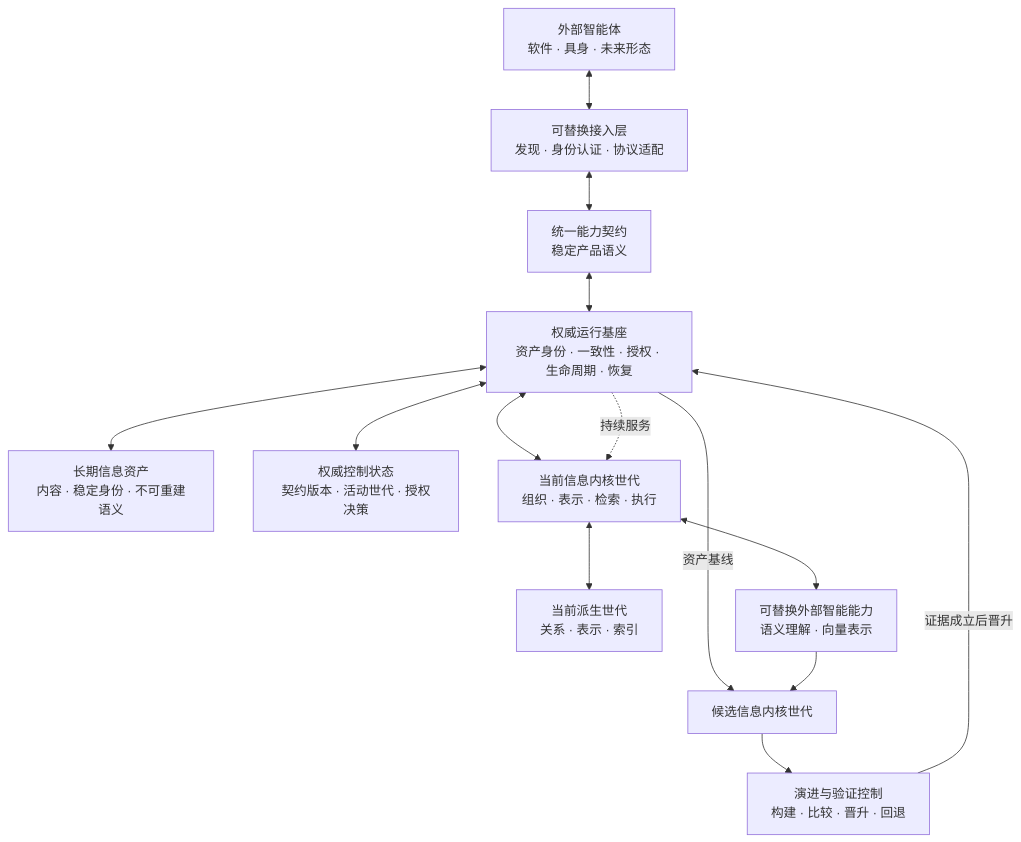
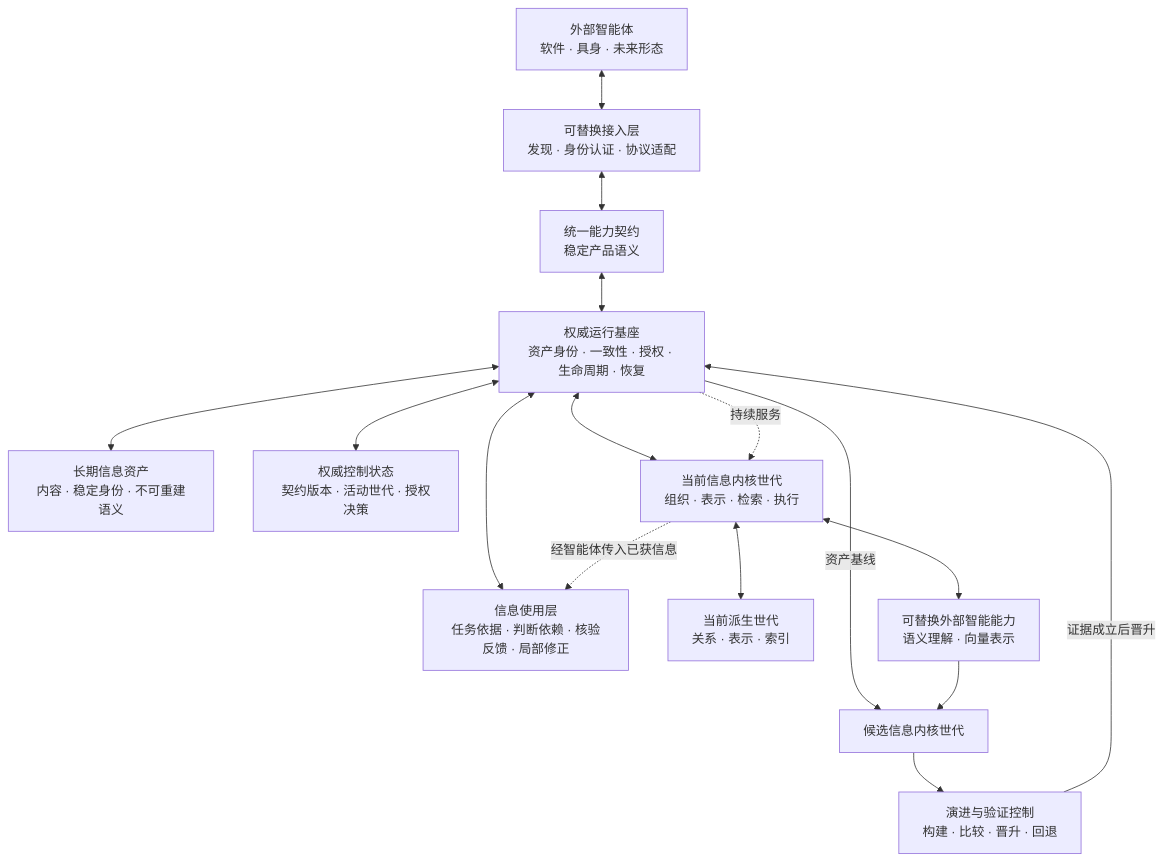
The diagram in docs/architecture/overview.md (HJSunDev/ownward), drawn with Mermaid before and after one commit. The commit also changed other lines of this file and 8 other files, not shown here.

````diff
--- a/docs/architecture/overview.md
+++ b/docs/architecture/overview.md
@@ -30,31 +32,34 @@
 ```mermaid
 flowchart TB
     A["外部智能体<br/>软件 · 具身 · 未来形态"]
     AD["可替换接入层<br/>发现 · 身份认证 · 协议适配"]
     CC["统一能力契约<br/>稳定产品语义"]
 
     AR["权威运行基座<br/>资产身份 · 一致性 · 授权 · 生命周期 · 恢复"]
     VA["长期信息资产<br/>内容 · 稳定身份 · 不可重建语义"]
     CS["权威控制状态<br/>契约版本 · 活动世代 · 授权决策"]
 
     KG["当前信息内核世代<br/>组织 · 表示 · 检索 · 执行"]
+    IU["信息使用层<br/>任务依据 · 判断依赖 · 核验反馈 · 局部修正"]
     DG["当前派生世代<br/>关系 · 表示 · 索引"]
     EI["可替换外部智能能力<br/>语义理解 · 向量表示"]
 
     KC["候选信息内核世代"]
     EV["演进与验证控制<br/>构建 · 比较 · 晋升 · 回退"]
 
     A <--> AD
     AD <--> CC
     CC <--> AR
     AR <--> VA
     AR <--> CS
     AR <--> KG
+    AR <--> IU
+    KG -.->|"经智能体传入已获信息"| IU
     KG <--> DG
     KG <--> EI
     AR -->|"资产基线"| KC
     EI --> KC
     KC --> EV
     EV -->|"证据成立后晋升"| AR
     AR -.->|"持续服务"| KG
 ```
````
